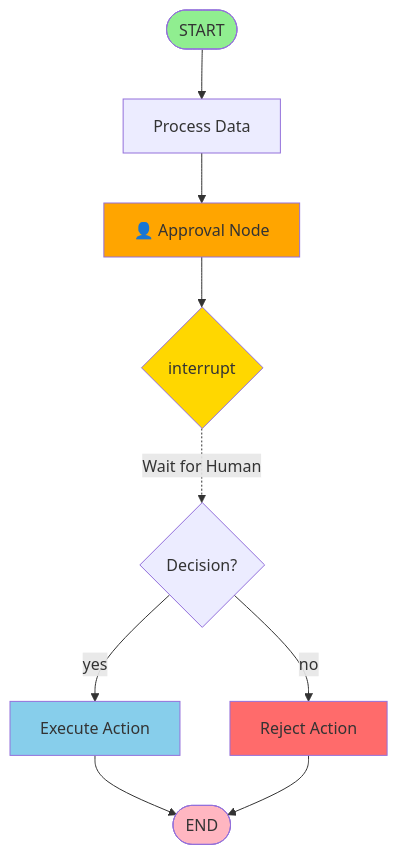
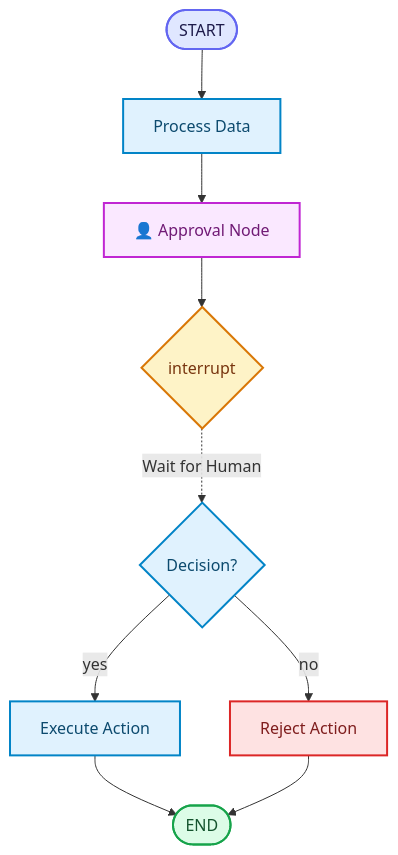
One commit to ralf-42/Agenten changed the sixth of 7 diagrams in docs/05-frameworks/einsteiger-langgraph.md. Above: the diagram before and after it, drawn with Mermaid. The commit also changed other lines of this file and 15 other files, not shown here.

````diff
--- a/docs/05-frameworks/einsteiger-langgraph.md
+++ b/docs/05-frameworks/einsteiger-langgraph.md
@@ -481,18 +483,23 @@
 ```mermaid
 flowchart TB
     START([START]) --> NODE1[Process Data]
     NODE1 --> APPROVAL[👤 Approval Node]
     APPROVAL --> INTERRUPT{interrupt}
     INTERRUPT -.Wait for Human.-> DECISION{Decision?}
     DECISION -->|yes| EXECUTE[Execute Action]
     DECISION -->|no| REJECT[Reject Action]
     EXECUTE --> END([END])
     REJECT --> END
 
-    style START fill:#90EE90
-    style END fill:#FFB6C1
-    style APPROVAL fill:#FFA500
-    style INTERRUPT fill:#FFD700
-    style EXECUTE fill:#87CEEB
-    style REJECT fill:#ff6b6b
+    classDef default fill:#e0f2fe,stroke:#0284c7,stroke-width:2px,color:#0c4a6e;
+    classDef input fill:#e0e7ff,stroke:#6366f1,stroke-width:2px,color:#1e1b4b;
+    classDef metric fill:#fef3c7,stroke:#d97706,stroke-width:2px,color:#78350f;
+    classDef output fill:#dcfce7,stroke:#16a34a,stroke-width:2px,color:#14532d;
+    classDef target fill:#fae8ff,stroke:#c026d3,stroke-width:2px,color:#701a75;
+    classDef stop fill:#fee2e2,stroke:#dc2626,stroke-width:2px,color:#7f1d1d;
+    class START input;
+    class END output;
+    class APPROVAL target;
+    class INTERRUPT metric;
+    class REJECT stop;
 ```
````
